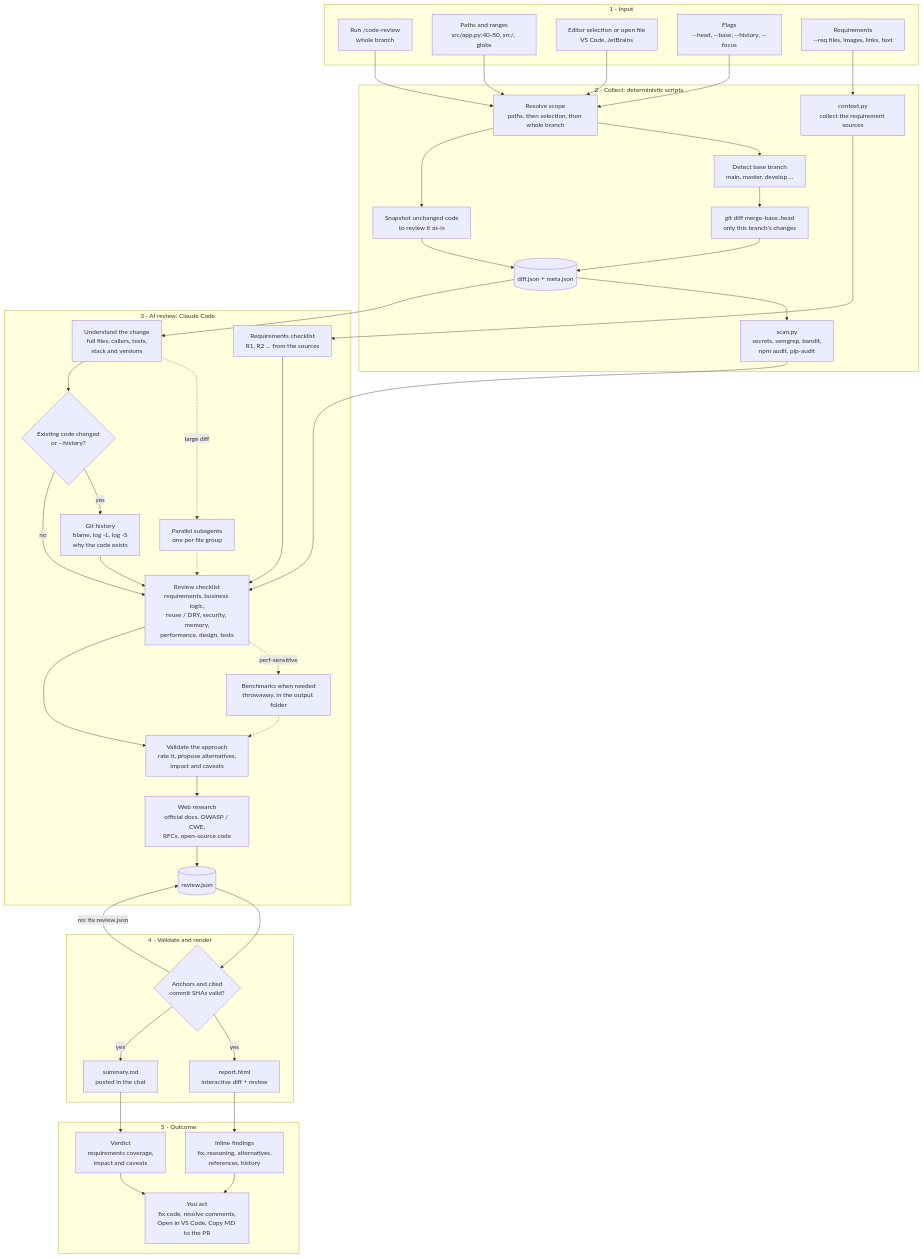
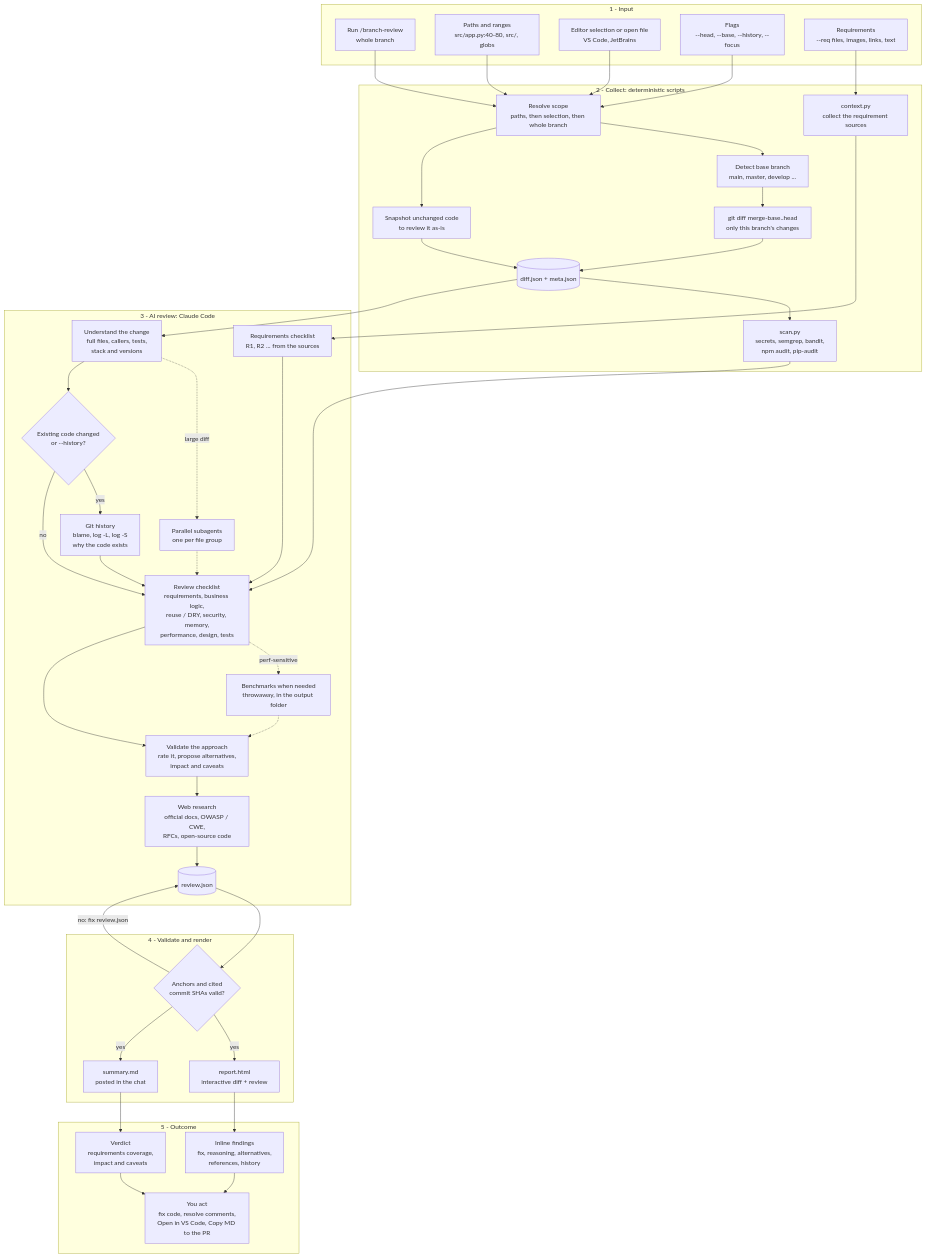
Before and after one commit to rewin0087/claude-code-review: the first of 2 diagrams in README.md, drawn with Mermaid. The commit also changed other lines of this file and 10 other files, not shown here.

First line of the commit message:
v2.0.0: rename /code-review to /branch-review

````diff
--- a/README.md
+++ b/README.md
@@ -142,64 +168,64 @@
 ```mermaid
 flowchart TD
     subgraph IN["1 - Input"]
-        A1["Run /code-review<br/>whole branch"]
+        A1["Run /branch-review<br/>whole branch"]
         A2["Paths and ranges<br/>src/app.py:40-80, src/, globs"]
         A3["Editor selection or open file<br/>VS Code, JetBrains"]
         A4["Flags<br/>--head, --base, --history, --focus"]
         A5["Requirements<br/>--req files, images, links, text"]
     end
 
     subgraph COLLECT["2 - Collect: deterministic scripts"]
         B1["Resolve scope<br/>paths, then selection, then whole branch"]
         B2["Detect base branch<br/>main, master, develop ..."]
         B3["git diff merge-base..head<br/>only this branch's changes"]
         B4["Snapshot unchanged code<br/>to review it as-is"]
         B5[("diff.json + meta.json")]
         B6["context.py<br/>collect the requirement sources"]
         B7["scan.py<br/>secrets, semgrep, bandit,<br/>npm audit, pip-audit"]
     end
 
     subgraph AI["3 - AI review: Claude Code"]
         C1["Understand the change<br/>full files, callers, tests,<br/>stack and versions"]
         C8["Parallel subagents<br/>one per file group"]
         C2{"Existing code changed<br/>or --history?"}
         C3["Git history<br/>blame, log -L, log -S<br/>why the code exists"]
         C9["Requirements checklist<br/>R1, R2 ... from the sources"]
         C4["Review checklist<br/>requirements, business logic,<br/>reuse / DRY, security, memory,<br/>performance, design, tests"]
         C10["Benchmarks when needed<br/>throwaway, in the output folder"]
         C5["Validate the approach<br/>rate it, propose alternatives,<br/>impact and caveats"]
         C6["Web research<br/>official docs, OWASP / CWE,<br/>RFCs, open-source code"]
         C7[("review.json")]
     end
 
     subgraph RENDER["4 - Validate and render"]
         D1{"Anchors and cited<br/>commit SHAs valid?"}
         D2["report.html<br/>interactive diff + review"]
         D3["summary.md<br/>posted in the chat"]
     end
 
     subgraph OUT["5 - Outcome"]
         E1["Verdict<br/>requirements coverage,<br/>impact and caveats"]
         E2["Inline findings<br/>fix, reasoning, alternatives,<br/>references, history"]
         E3["You act<br/>fix code, resolve comments,<br/>Open in VS Code, Copy MD to the PR"]
     end
 
     A1 & A2 & A3 & A4 --> B1
     A5 --> B6 --> C9 --> C4
     B5 --> B7 --> C4
     C4 -. perf-sensitive .-> C10 -.-> C5
     B1 --> B2 --> B3 --> B5
     B1 --> B4 --> B5
     B5 --> C1
     C1 -. large diff .-> C8 -.-> C4
     C1 --> C2
     C2 -- yes --> C3 --> C4
     C2 -- no --> C4
     C4 --> C5 --> C6 --> C7
     C7 --> D1
     D1 -- no: fix review.json --> C7
     D1 -- yes --> D2 & D3
     D3 --> E1
     D2 --> E2
     E1 & E2 --> E3
 ```
````
